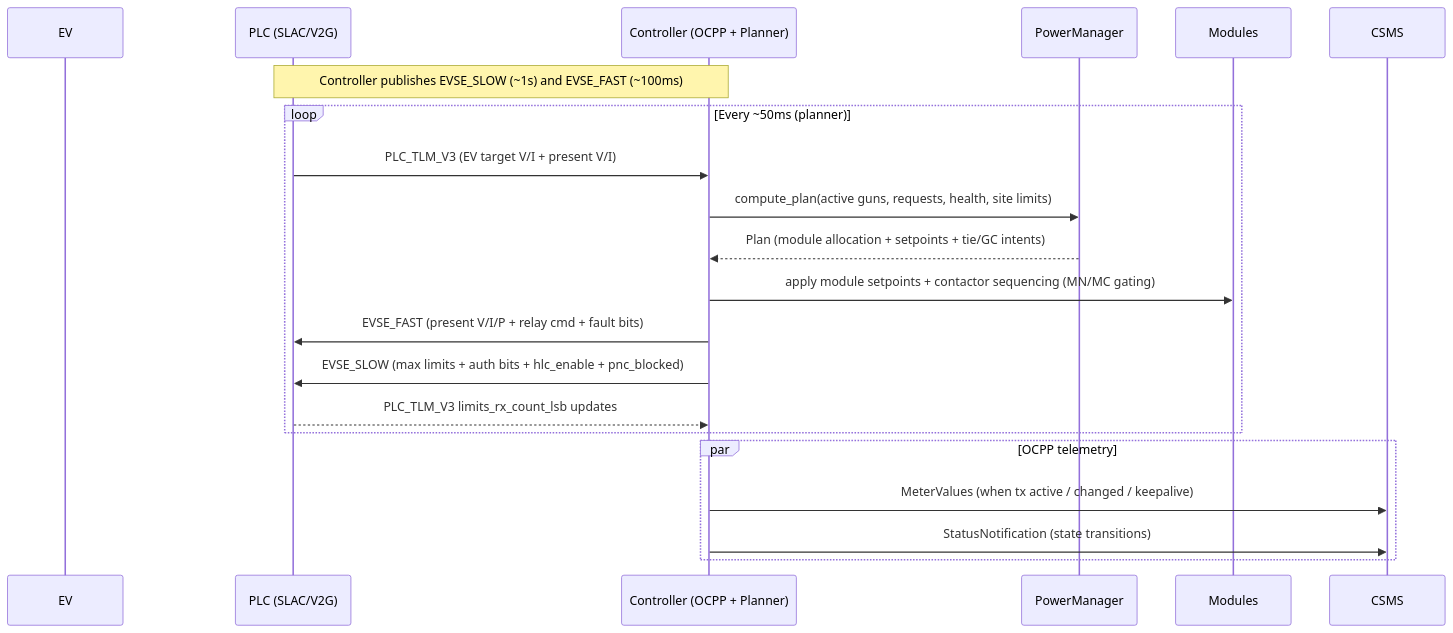
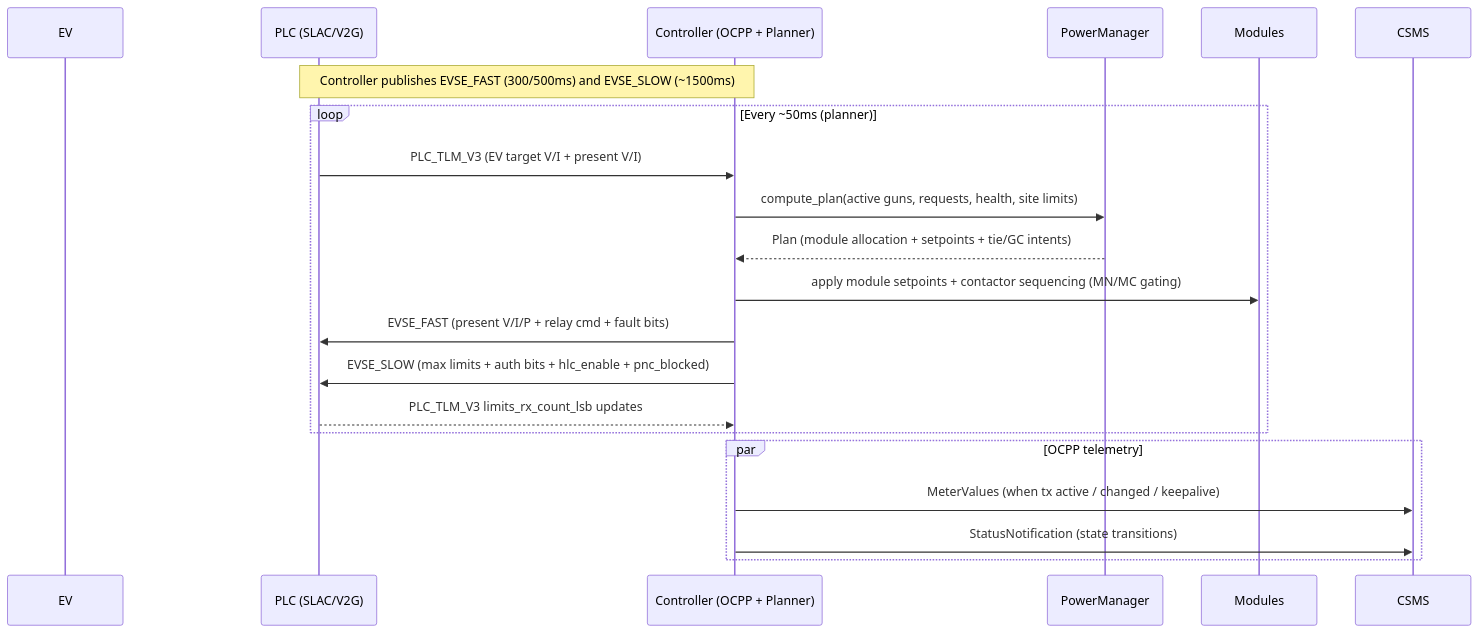
Before and after one commit to hyndex/DC-OCPP: the first of 6 diagrams in README.md, drawn with Mermaid. The commit also changed other lines of this file and 27 other files, not shown here.

````diff
--- a/README.md
+++ b/README.md
@@ -221,26 +241,26 @@
 ```mermaid
 sequenceDiagram
     participant EV
     participant PLC as PLC (SLAC/V2G)
     participant CTRL as Controller (OCPP + Planner)
     participant PM as PowerManager
     participant MOD as Modules
     participant CSMS
 
-    Note over CTRL,PLC: Controller publishes EVSE_SLOW (~1s) and EVSE_FAST (~100ms)
+    Note over CTRL,PLC: Controller publishes EVSE_FAST (300/500ms) and EVSE_SLOW (~1500ms)
 
     loop Every ~50ms (planner)
         PLC->>CTRL: PLC_TLM_V3 (EV target V/I + present V/I)
         CTRL->>PM: compute_plan(active guns, requests, health, site limits)
         PM-->>CTRL: Plan (module allocation + setpoints + tie/GC intents)
         CTRL->>MOD: apply module setpoints + contactor sequencing (MN/MC gating)
         CTRL->>PLC: EVSE_FAST (present V/I/P + relay cmd + fault bits)
         CTRL->>PLC: EVSE_SLOW (max limits + auth bits + hlc_enable + pnc_blocked)
         PLC-->>CTRL: PLC_TLM_V3 limits_rx_count_lsb updates
     end
 
     par OCPP telemetry
         CTRL->>CSMS: MeterValues (when tx active / changed / keepalive)
         CTRL->>CSMS: StatusNotification (state transitions)
     end
 ```
````
